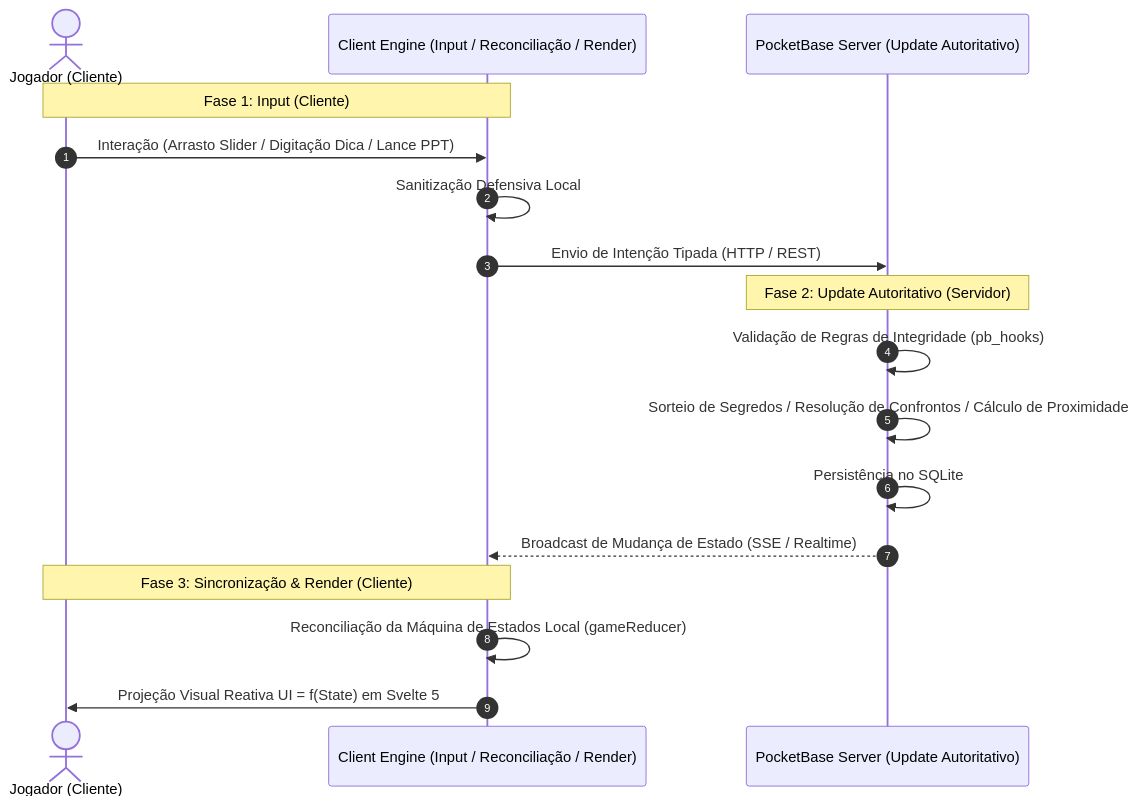
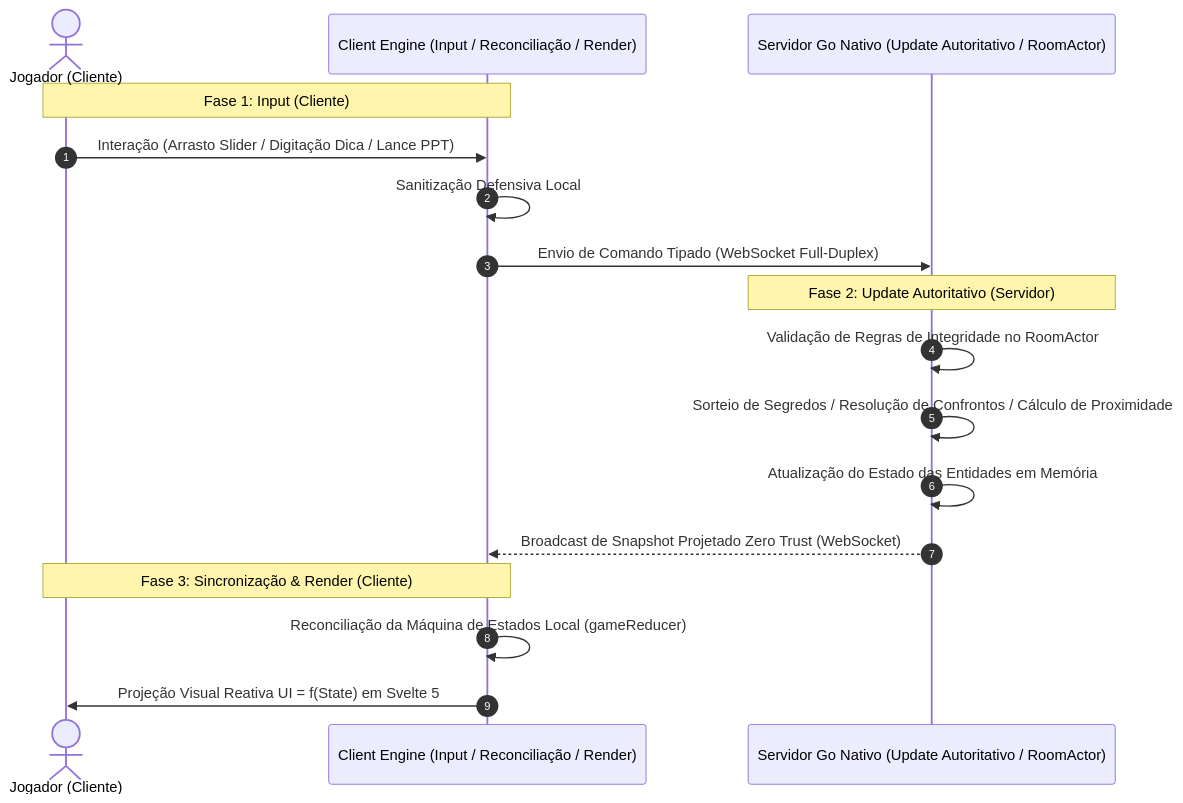
Before and after one commit to araujosemacento/leveling_out: the third of 4 diagrams in docs/diagramas/diagramas.md, drawn with Mermaid. The commit also changed other lines of this file and 25 other files, not shown here.

````diff
--- a/docs/diagramas/diagramas.md
+++ b/docs/diagramas/diagramas.md
@@ -162,22 +162,22 @@
 ```mermaid
 sequenceDiagram
     autonumber
     actor Player as Jogador (Cliente)
     participant ClientEngine as Client Engine (Input / Reconciliação / Render)
-    participant ServerEngine as PocketBase Server (Update Autoritativo)
+    participant ServerEngine as Servidor Go Nativo (Update Autoritativo / RoomActor)
 
     Note over Player,ClientEngine: Fase 1: Input (Cliente)
     Player->>ClientEngine: Interação (Arrasto Slider / Digitação Dica / Lance PPT)
     ClientEngine->>ClientEngine: Sanitização Defensiva Local
-    ClientEngine->>ServerEngine: Envio de Intenção Tipada (HTTP / REST)
+    ClientEngine->>ServerEngine: Envio de Comando Tipado (WebSocket Full-Duplex)
 
     Note over ServerEngine: Fase 2: Update Autoritativo (Servidor)
-    ServerEngine->>ServerEngine: Validação de Regras de Integridade (pb_hooks)
+    ServerEngine->>ServerEngine: Validação de Regras de Integridade no RoomActor
     ServerEngine->>ServerEngine: Sorteio de Segredos / Resolução de Confrontos / Cálculo de Proximidade
-    ServerEngine->>ServerEngine: Persistência no SQLite
-    ServerEngine-->>ClientEngine: Broadcast de Mudança de Estado (SSE / Realtime)
+    ServerEngine->>ServerEngine: Atualização do Estado das Entidades em Memória
+    ServerEngine-->>ClientEngine: Broadcast de Snapshot Projetado Zero Trust (WebSocket)
 
     Note over ClientEngine,Player: Fase 3: Sincronização & Render (Cliente)
     ClientEngine->>ClientEngine: Reconciliação da Máquina de Estados Local (gameReducer)
     ClientEngine->>Player: Projeção Visual Reativa UI = f(State) em Svelte 5
 ```
````
